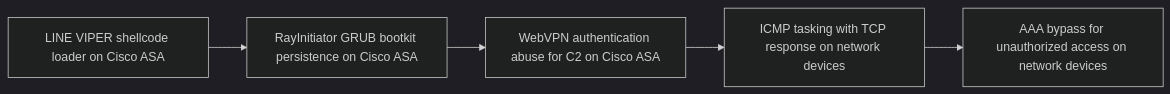
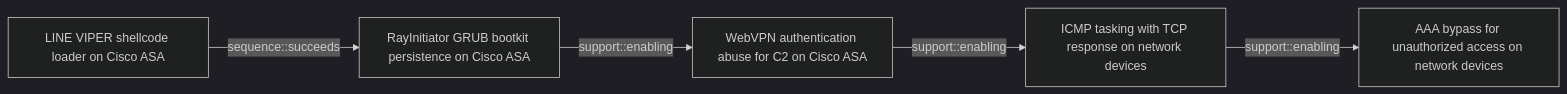
Before and after one commit to opentidehq/library: the first of 2 diagrams in docs/threats/line-viper-shellcode-loader-on-cisco-asa.md, drawn with Mermaid (dark theme). The commit also changed other lines of this file and 277 other files, not shown here.

````diff
--- a/docs/threats/line-viper-shellcode-loader-on-cisco-asa.md
+++ b/docs/threats/line-viper-shellcode-loader-on-cisco-asa.md
@@ -113,12 +148,12 @@
 ```mermaid
 flowchart LR
 b6175f16_2b61_4116_bd97_de54b02b197e["LINE VIPER shellcode loader on Cisco ASA"]
 a6f331e0_292d_4d83_87a9_46aa149555dd["RayInitiator GRUB bootkit persistence on Cisco ASA"]
 fcc552fb_b4d1_4b47_b366_104ec4d806ef["WebVPN authentication abuse for C2 on Cisco ASA"]
 2a5faf22_c526_4d49_81b9_6a7b895de58b["ICMP tasking with TCP response on network devices"]
 53389577_fd8d_4ce6_9852_8365ed947c17["AAA bypass for unauthorized access on network devices"]
-b6175f16_2b61_4116_bd97_de54b02b197e --> a6f331e0_292d_4d83_87a9_46aa149555dd
-a6f331e0_292d_4d83_87a9_46aa149555dd --> fcc552fb_b4d1_4b47_b366_104ec4d806ef
-fcc552fb_b4d1_4b47_b366_104ec4d806ef --> 2a5faf22_c526_4d49_81b9_6a7b895de58b
-2a5faf22_c526_4d49_81b9_6a7b895de58b --> 53389577_fd8d_4ce6_9852_8365ed947c17
+b6175f16_2b61_4116_bd97_de54b02b197e -->|sequence::succeeds| a6f331e0_292d_4d83_87a9_46aa149555dd
+a6f331e0_292d_4d83_87a9_46aa149555dd -->|support::enabling| fcc552fb_b4d1_4b47_b366_104ec4d806ef
+fcc552fb_b4d1_4b47_b366_104ec4d806ef -->|support::enabling| 2a5faf22_c526_4d49_81b9_6a7b895de58b
+2a5faf22_c526_4d49_81b9_6a7b895de58b -->|support::enabling| 53389577_fd8d_4ce6_9852_8365ed947c17
 ```
````
